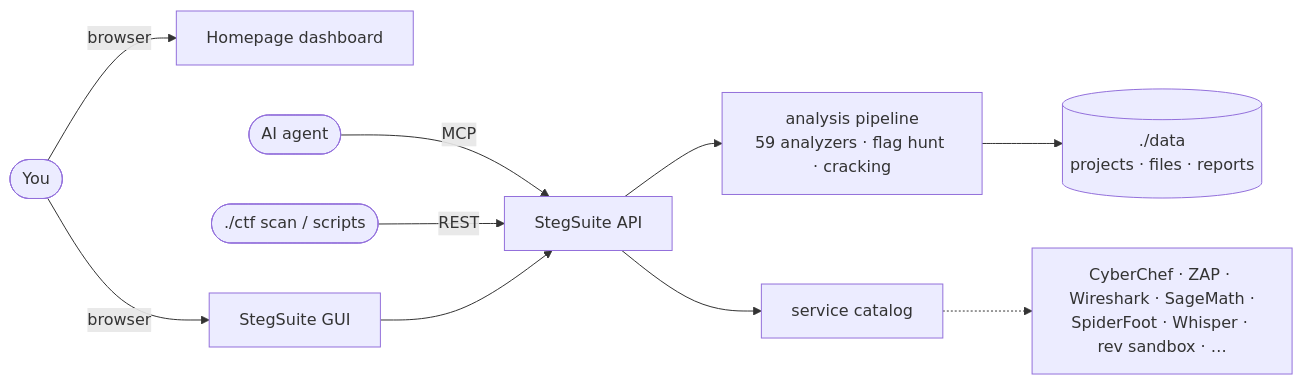
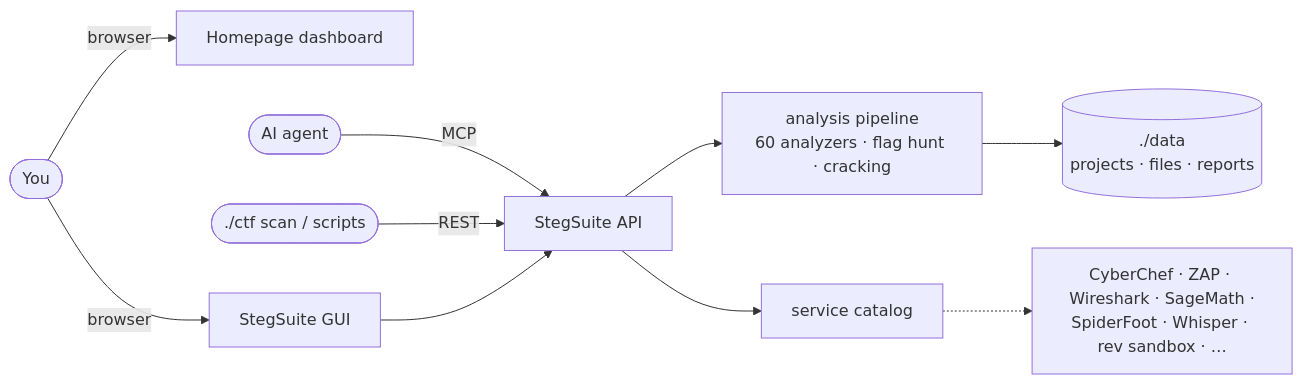
Before and after one commit to dexRand/ctf-docker: the diagram in README.md, drawn with Mermaid. The commit also changed other lines of this file and 14 other files, not shown here.

````diff
--- a/README.md
+++ b/README.md
@@ -87,12 +87,12 @@
 ```mermaid
 flowchart LR
   you([You]) -->|browser| dash[Homepage dashboard]
   you -->|browser| ss[StegSuite GUI]
   agent([AI agent]) -->|MCP| api
   cli([./ctf scan / scripts]) -->|REST| api
   ss --> api[StegSuite API]
-  api --> pipe[analysis pipeline<br/>59 analyzers · flag hunt · cracking]
+  api --> pipe[analysis pipeline<br/>60 analyzers · flag hunt · cracking]
   pipe --> data[(./data<br/>projects · files · reports)]
   api --> svc[service catalog]
   svc -.-> tools[CyberChef · ZAP · Wireshark · SageMath ·<br/>SpiderFoot · Whisper · rev sandbox · …]
 ```
````
